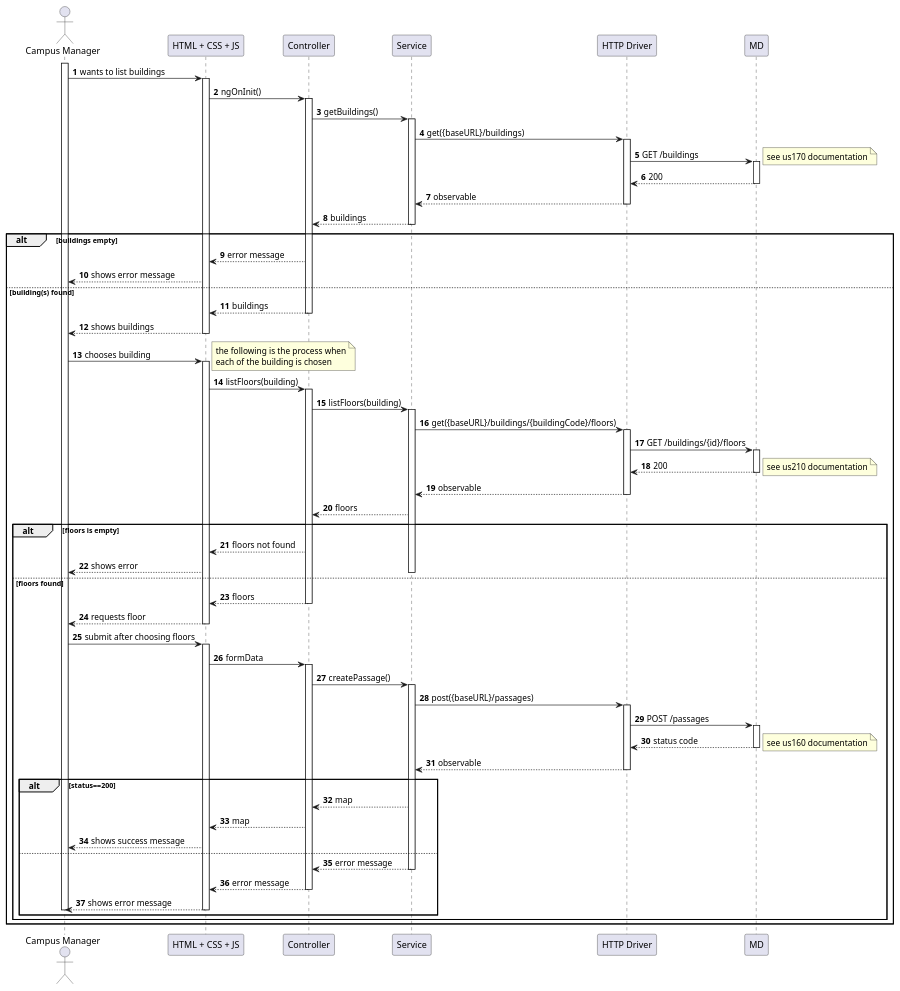
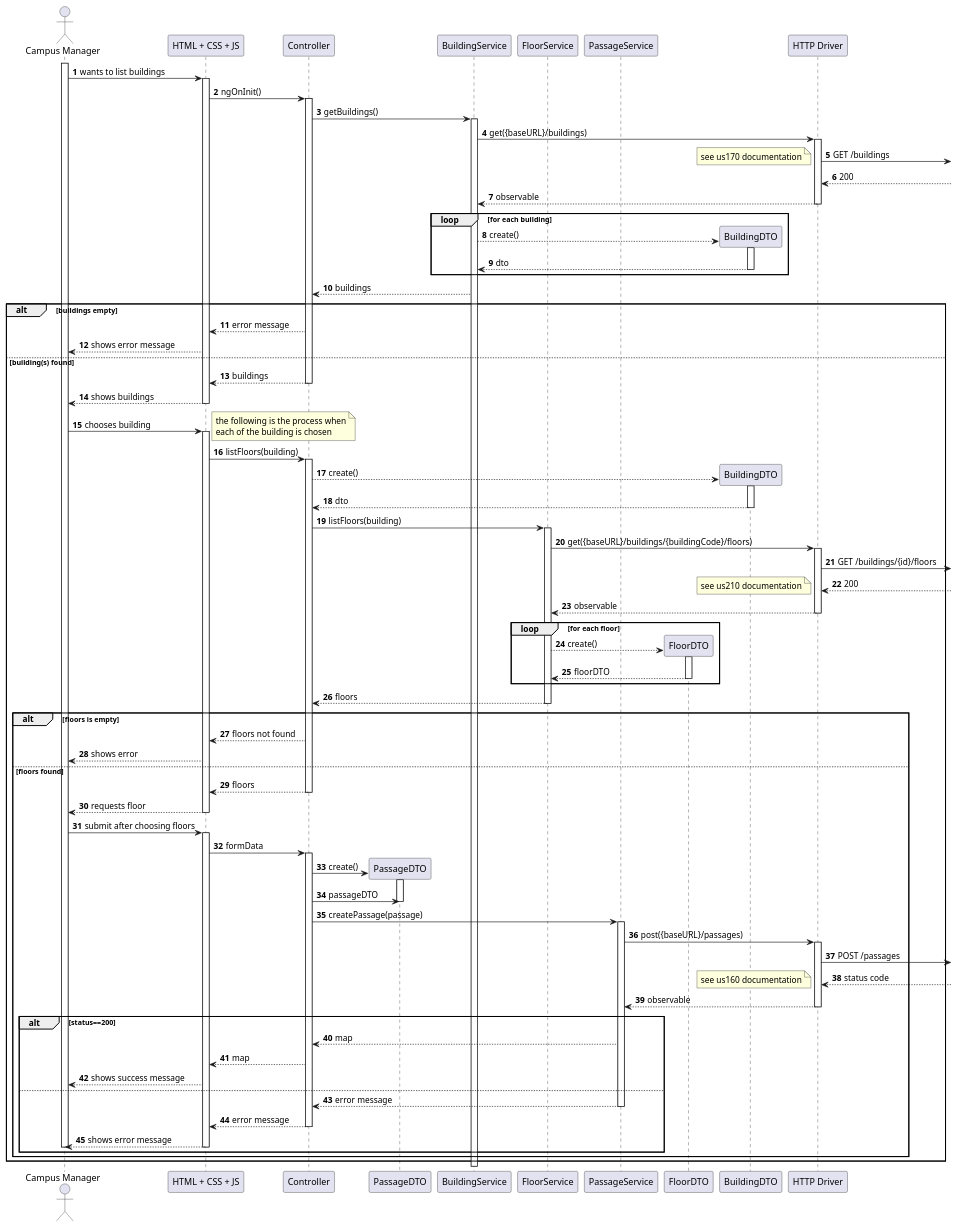
The diagram in docs/us1170/level3/process-view.puml (Departamento-de-Engenharia-Informatica/lapr5-23-24-g19), drawn with PlantUML before and after one commit. The commit also changed 17 other files, not shown here.

```diff
--- a/docs/us1170/level3/process-view.puml
+++ b/docs/us1170/level3/process-view.puml
@@ -1,103 +1,119 @@
 @startuml
 autonumber
 
 actor "Campus Manager" as usr
 
 participant "HTML + CSS + JS" as view
 participant "Controller" as ctrl
-participant "Service" as svc
+participant "PassageDTO" as passageDTO
+participant "BuildingService" as buildingSvc
+participant "FloorService" as floorSvc
+participant "PassageService" as passageSvc
+participant "FloorDTO" as floorDTO
+participant "BuildingDTO" as dto
 
 participant "HTTP Driver" as http
-
-participant "MD" as md
 
 activate usr
 usr -> view : wants to list buildings
     activate view
         view -> ctrl : ngOnInit()
         activate ctrl
-            ctrl -> svc : getBuildings()
-            activate svc
-                svc -> http : get({baseURL}/buildings)
+            ctrl -> buildingSvc : getBuildings()
+            activate buildingSvc
+                buildingSvc -> http : get({baseURL}/buildings)
                 activate http
-                    http -> md : GET /buildings
+                    http ->]: GET /buildings
                 note right : see us170 documentation
-            activate md
-                md --> http : 200
-                deactivate md
-                http --> svc : observable
+                ]--> http : 200
+                http --> buildingSvc : observable
                 deactivate http
-                svc --> ctrl : buildings
+                loop for each building
+                    buildingSvc --> dto** : create()
+                    activate dto
+                        dto --> buildingSvc : dto
+                    deactivate dto
+                end
+                buildingSvc --> ctrl : buildings
         alt buildings empty
-                deactivate svc
                 ctrl --> view : error message
                 view --> usr : shows error message
         else building(s) found
             ctrl --> view : buildings
             deactivate ctrl
             view --> usr : shows buildings
             deactivate
         deactivate view
         usr -> view : chooses building
         note right
             the following is the process when
             each of the building is chosen
         end note
         activate view
             view -> ctrl : listFloors(building)
             activate ctrl
-                ctrl -> svc : listFloors(building)
-                activate svc
-                    svc -> http : get({baseURL}/buildings/{buildingCode}/floors)
+                ctrl --> dto** : create()
+                activate dto
+                    dto --> ctrl : dto
+                deactivate dto
+                ctrl -> floorSvc : listFloors(building)
+                activate floorSvc
+                    floorSvc -> http : get({baseURL}/buildings/{buildingCode}/floors)
                     activate http
-                        http -> md : GET /buildings/{id}/floors
-            activate md
-                md --> http : 200
+                        http ->] : GET /buildings/{id}/floors
+                ]--> http : 200
                 note right : see us210 documentation
-                deactivate md
-                    http --> svc : observable
+                    http --> floorSvc : observable
                     deactivate http
-                    svc --> ctrl : floors
+                    loop for each floor
+                        floorSvc --> floorDTO** : create()
+                        activate floorDTO
+                            floorDTO --> floorSvc : floorDTO
+                        deactivate floorDTO
+                    end
+                    floorSvc --> ctrl : floors
+                deactivate floorSvc
                     alt floors is empty
                         ctrl --> view : floors not found
                         view --> usr : shows error
                     else floors found
-                deactivate svc
 
                 ctrl --> view : floors
             deactivate ctrl
             view --> usr : requests floor
         deactivate view
 
         usr -> view : submit after choosing floors
         activate view
             view -> ctrl : formData
             activate ctrl
-                ctrl -> svc : createPassage()
-                activate svc
-                    svc -> http : post({baseURL}/passages)
+                ctrl-> passageDTO**: create()
+                activate passageDTO
+                    ctrl-> passageDTO: passageDTO
+                deactivate passageDTO
+                ctrl -> passageSvc : createPassage(passage)
+                activate passageSvc
+                    passageSvc -> http : post({baseURL}/passages)
                     activate http
-                        http -> md : POST /passages
-                        activate md
-                            md --> http : status code
-                        deactivate md
+                        http ->] : POST /passages
+                            ]--> http : status code
                 note right : see us160 documentation
-                    http --> svc : observable
+                    http --> passageSvc : observable
                     deactivate http
                     alt status==200
-                    svc --> ctrl : map
+                    passageSvc --> ctrl : map
 
                 ctrl --> view : map
                 view --> usr : shows success message
                 else
-                    svc --> ctrl : error message
-                    deactivate svc
+                    passageSvc --> ctrl : error message
+                    deactivate passageSvc
                 ctrl --> view : error message
                 deactivate ctrl
             view --> usr : shows error message
             deactivate view
         deactivate usr
     end
     end
     end
 @enduml
```
